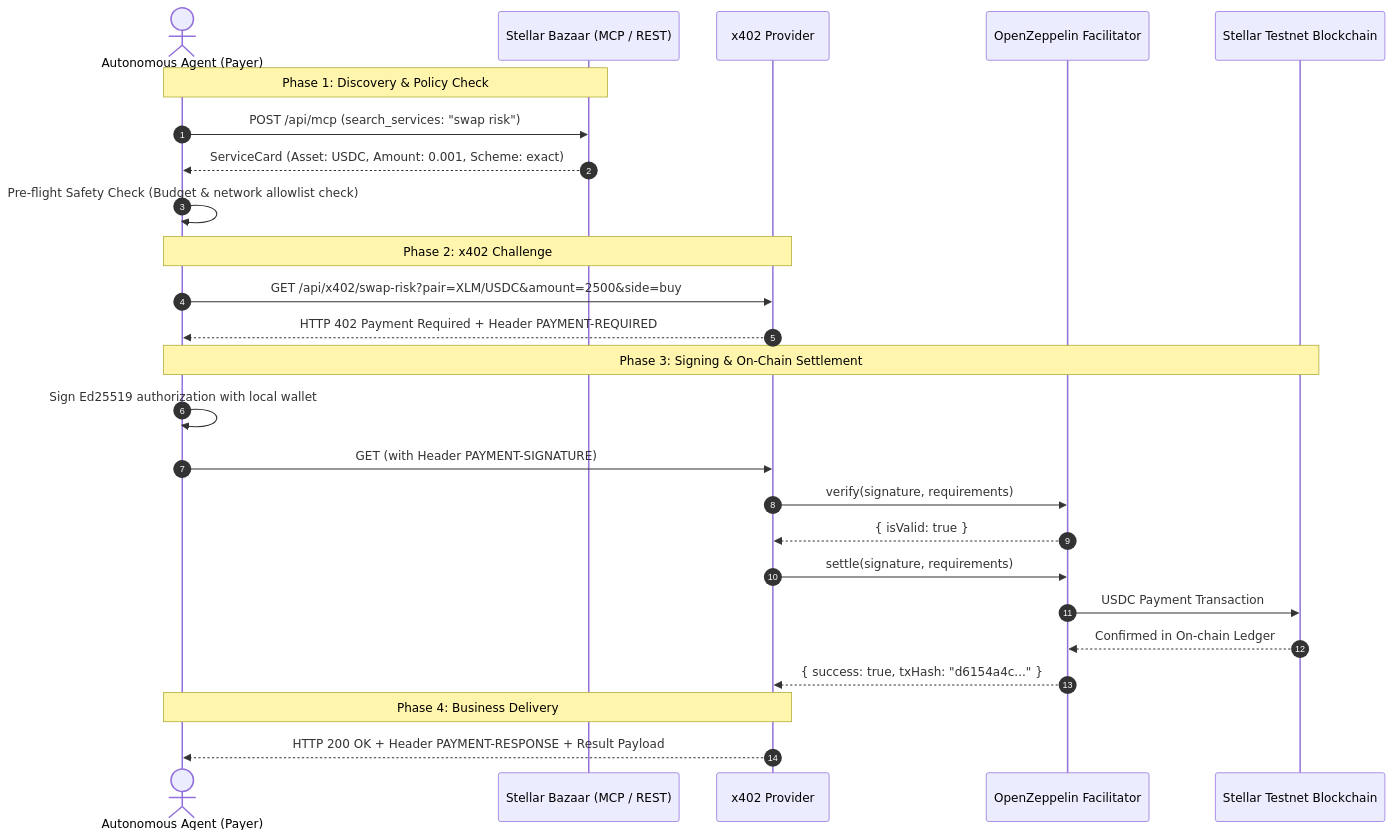
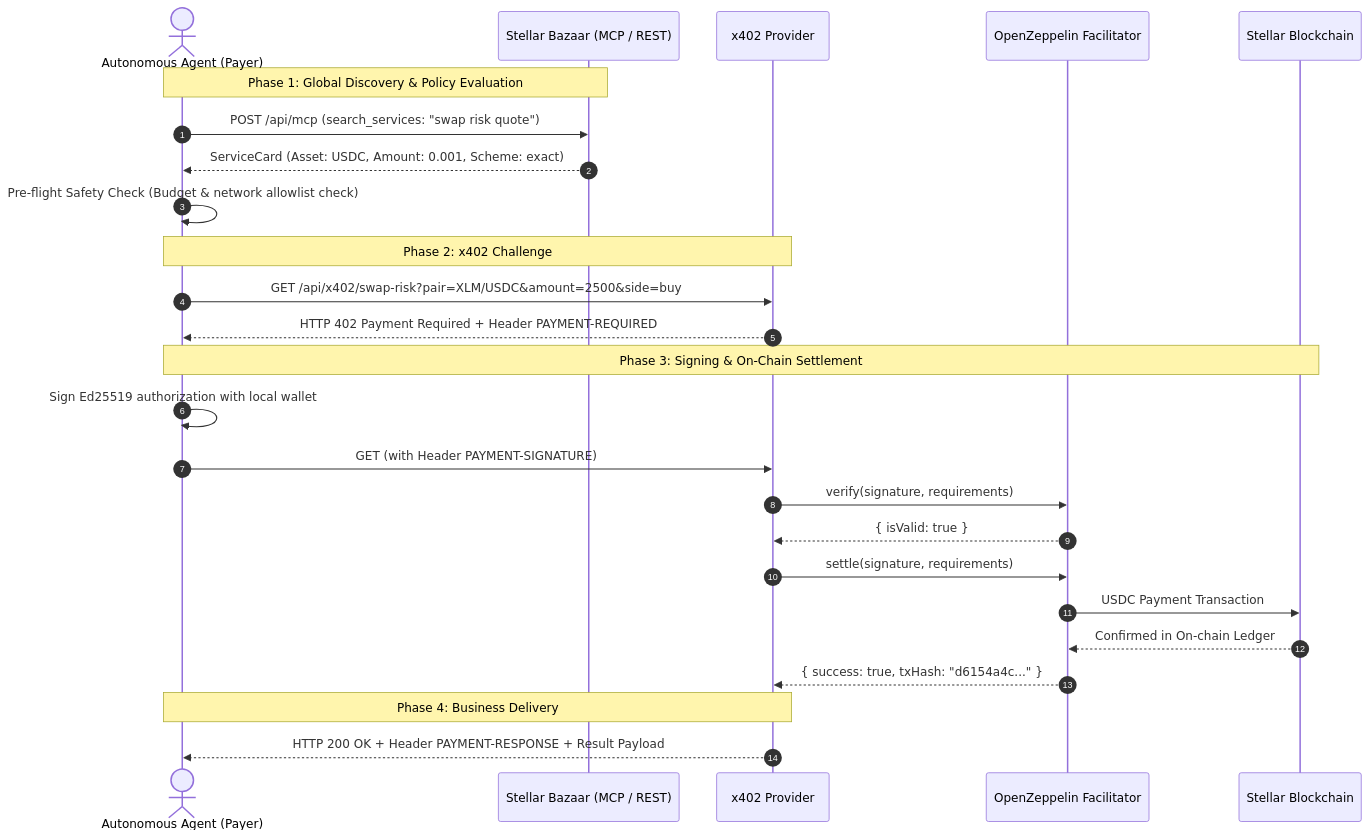
Before and after one commit to CaBsCrypto/stellar-bazaar-x402: the second of 2 diagrams in README.md, drawn with Mermaid. The commit also changed other lines of this file and 1 other file, not shown here.

Commit message:
docs: reposition to Global-First AI Agent Economy on Stellar

````diff
--- a/README.md
+++ b/README.md
@@ -95,31 +95,31 @@
 ```mermaid
 sequenceDiagram
     autonumber
     actor Agent as Autonomous Agent (Payer)
     participant Bazaar as Stellar Bazaar (MCP / REST)
     participant Provider as x402 Provider
     participant Facilitator as OpenZeppelin Facilitator
-    participant Stellar as Stellar Testnet Blockchain
+    participant Stellar as Stellar Blockchain
 
-    Note over Agent,Bazaar: Phase 1: Discovery & Policy Check
-    Agent->>Bazaar: POST /api/mcp (search_services: "swap risk")
+    Note over Agent,Bazaar: Phase 1: Global Discovery & Policy Evaluation
+    Agent->>Bazaar: POST /api/mcp (search_services: "swap risk quote")
     Bazaar-->>Agent: ServiceCard (Asset: USDC, Amount: 0.001, Scheme: exact)
     Agent->>Agent: Pre-flight Safety Check (Budget & network allowlist check)
 
     Note over Agent,Provider: Phase 2: x402 Challenge
     Agent->>Provider: GET /api/x402/swap-risk?pair=XLM/USDC&amount=2500&side=buy
     Provider-->>Agent: HTTP 402 Payment Required + Header PAYMENT-REQUIRED
 
     Note over Agent,Stellar: Phase 3: Signing & On-Chain Settlement
     Agent->>Agent: Sign Ed25519 authorization with local wallet
     Agent->>Provider: GET (with Header PAYMENT-SIGNATURE)
     Provider->>Facilitator: verify(signature, requirements)
     Facilitator-->>Provider: { isValid: true }
     Provider->>Facilitator: settle(signature, requirements)
     Facilitator->>Stellar: USDC Payment Transaction
     Stellar-->>Facilitator: Confirmed in On-chain Ledger
     Facilitator-->>Provider: { success: true, txHash: "d6154a4c..." }
 
     Note over Provider,Agent: Phase 4: Business Delivery
     Provider-->>Agent: HTTP 200 OK + Header PAYMENT-RESPONSE + Result Payload
 ```
````
